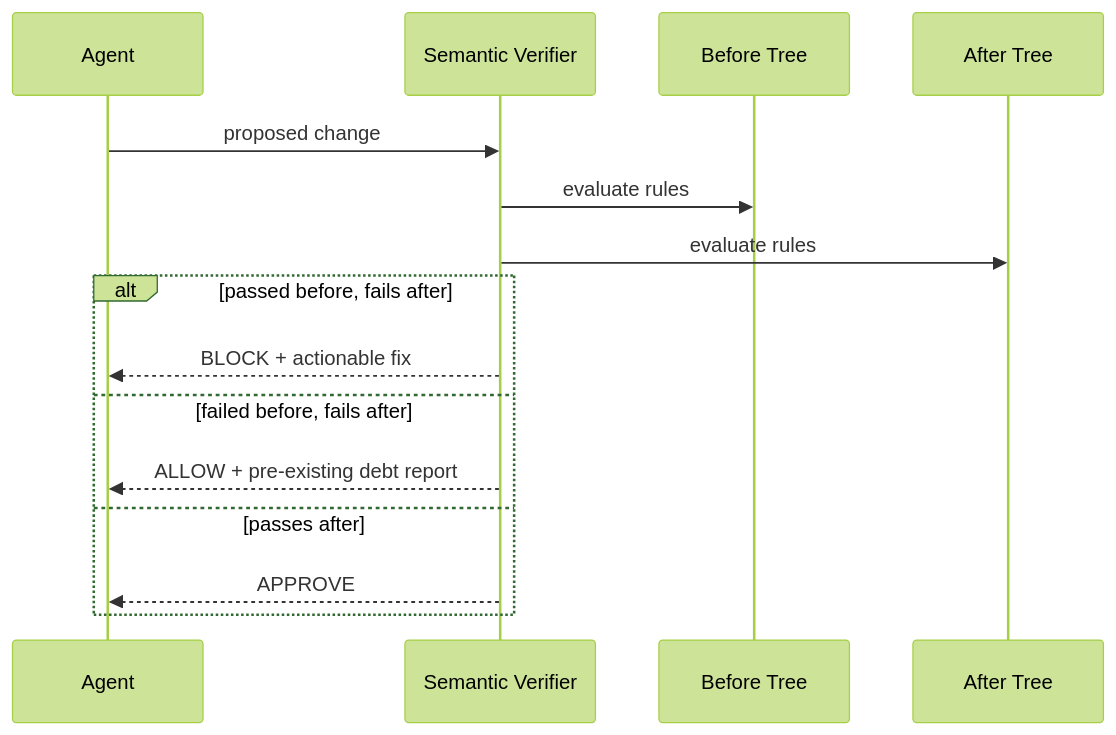
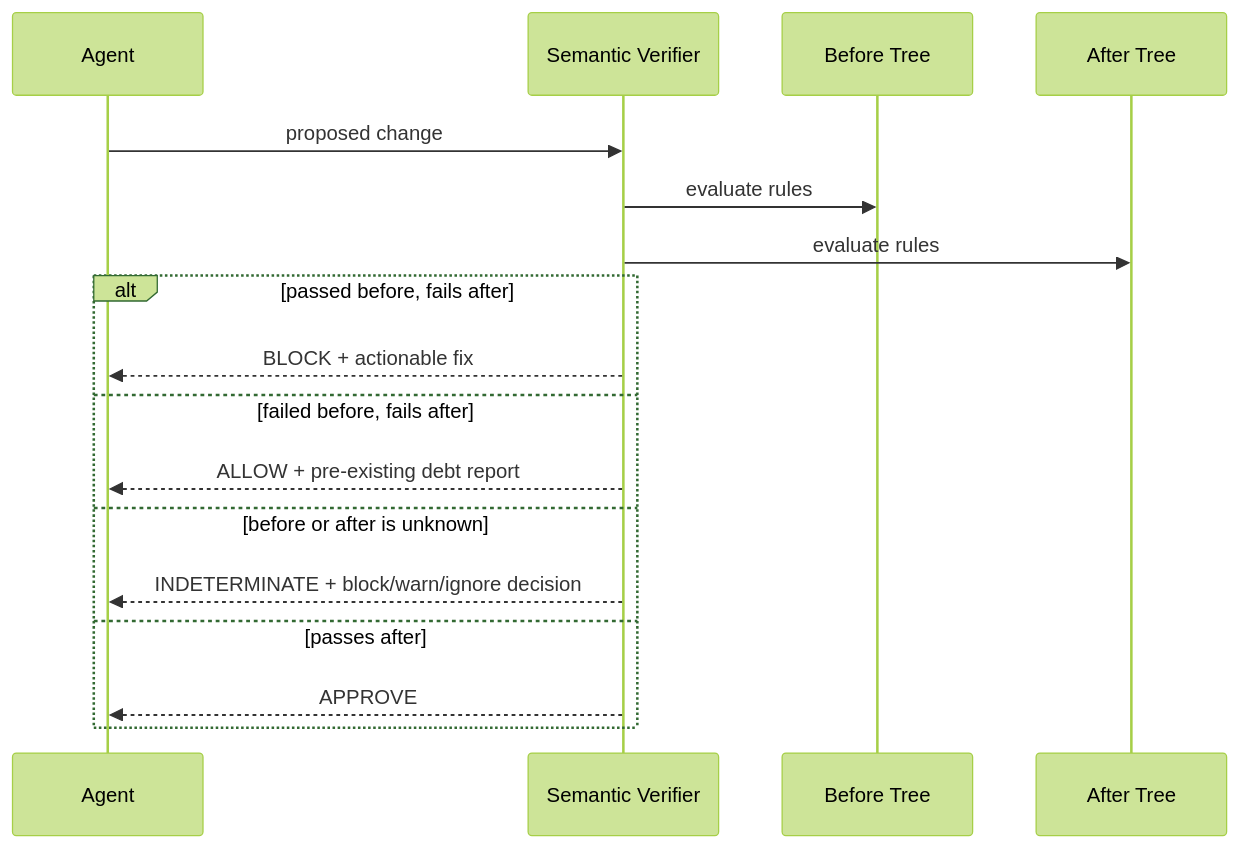
The second of 3 diagrams in README.md (dronpancholi/architecture-ai-cannot-see), drawn with Mermaid (forest theme) before and after one commit. The commit also changed other lines of this file and 55 other files, not shown here.

````diff
--- a/README.md
+++ b/README.md
@@ -135,18 +136,20 @@
 ```mermaid
 sequenceDiagram
     participant A as Agent
     participant V as Semantic Verifier
     participant B as Before Tree
     participant C as After Tree
 
     A->>V: proposed change
     V->>B: evaluate rules
     V->>C: evaluate rules
     alt passed before, fails after
         V-->>A: BLOCK + actionable fix
     else failed before, fails after
         V-->>A: ALLOW + pre-existing debt report
+    else before or after is unknown
+        V-->>A: INDETERMINATE + block/warn/ignore decision
     else passes after
         V-->>A: APPROVE
     end
 ```
````
